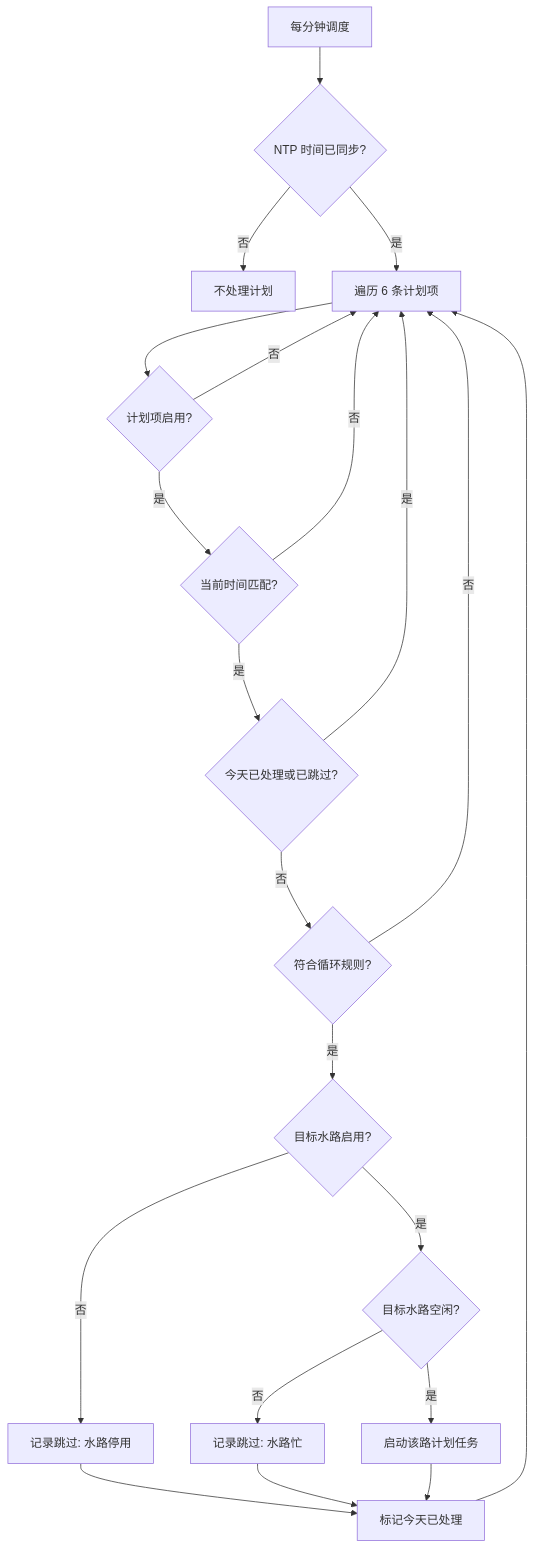
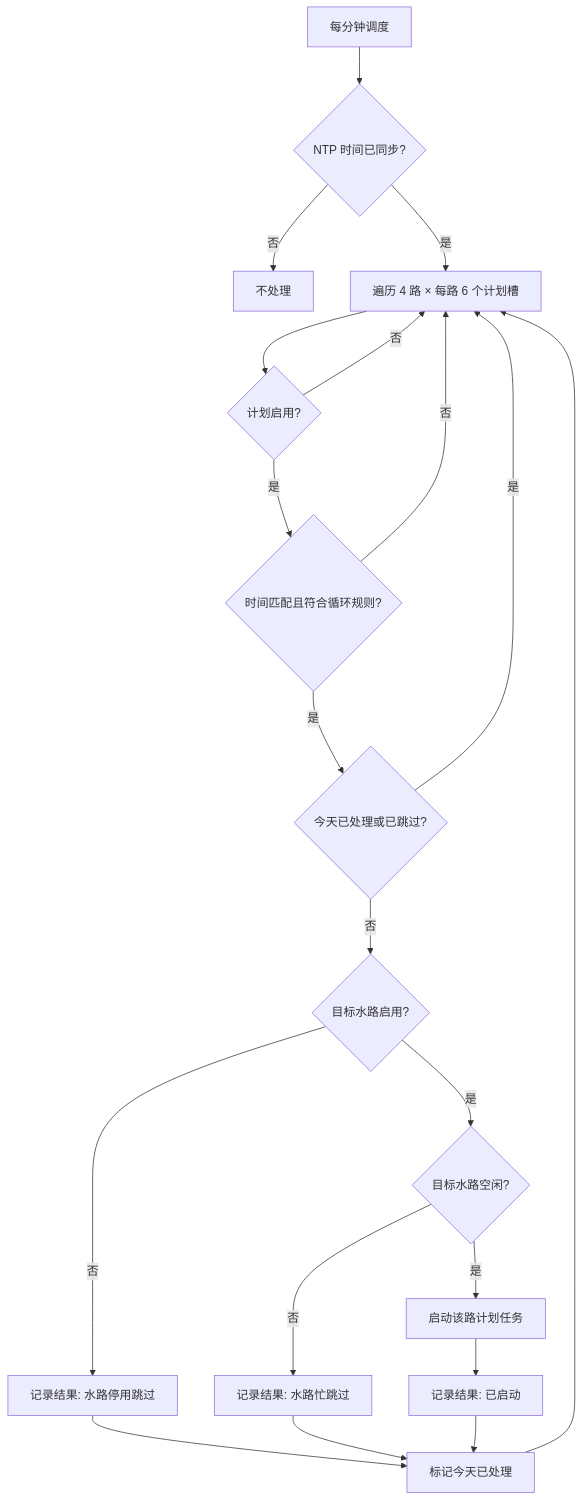
The third of 6 diagrams in 灌溉系统核心逻辑说明.md (tangyangguang/Esp32_Irrigation), drawn with Mermaid before and after one commit. The commit also changed other lines of this file, not shown here.

````diff
--- a/灌溉系统核心逻辑说明.md
+++ b/灌溉系统核心逻辑说明.md
@@ -239,23 +220,22 @@
 ```mermaid
 flowchart TD
     A["每分钟调度"] --> B{"NTP 时间已同步?"}
-    B -- 否 --> Z["不处理计划"]
-    B -- 是 --> C["遍历 6 条计划项"]
-    C --> D{"计划项启用?"}
+    B -- 否 --> Z["不处理"]
+    B -- 是 --> C["遍历 4 路 × 每路 6 个计划槽"]
+    C --> D{"计划启用?"}
     D -- 否 --> C
-    D -- 是 --> E{"当前时间匹配?"}
+    D -- 是 --> E{"时间匹配且符合循环规则?"}
     E -- 否 --> C
     E -- 是 --> F{"今天已处理或已跳过?"}
     F -- 是 --> C
-    F -- 否 --> G{"符合循环规则?"}
-    G -- 否 --> C
-    G -- 是 --> H{"目标水路启用?"}
-    H -- 否 --> R["记录跳过: 水路停用"]
-    H -- 是 --> I{"目标水路空闲?"}
-    I -- 否 --> S["记录跳过: 水路忙"]
-    I -- 是 --> J["启动该路计划任务"]
-    J --> K["标记今天已处理"]
-    R --> K
+    F -- 否 --> G{"目标水路启用?"}
+    G -- 否 --> R["记录结果: 水路停用跳过"]
+    G -- 是 --> H{"目标水路空闲?"}
+    H -- 否 --> S["记录结果: 水路忙跳过"]
+    H -- 是 --> I["启动该路计划任务"]
+    I --> J["记录结果: 已启动"]
+    R --> K["标记今天已处理"]
     S --> K
+    J --> K
     K --> C
 ```
````
